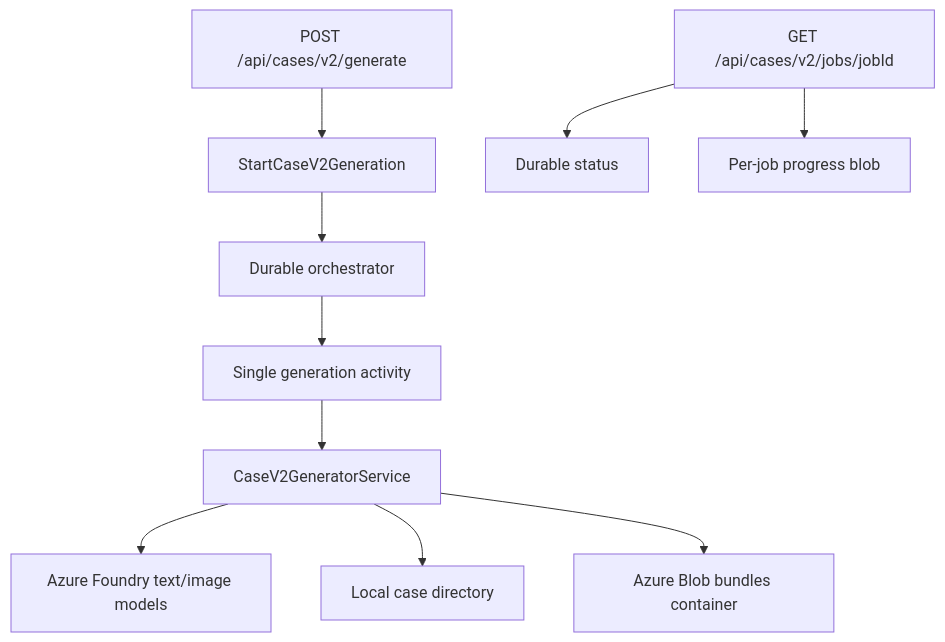
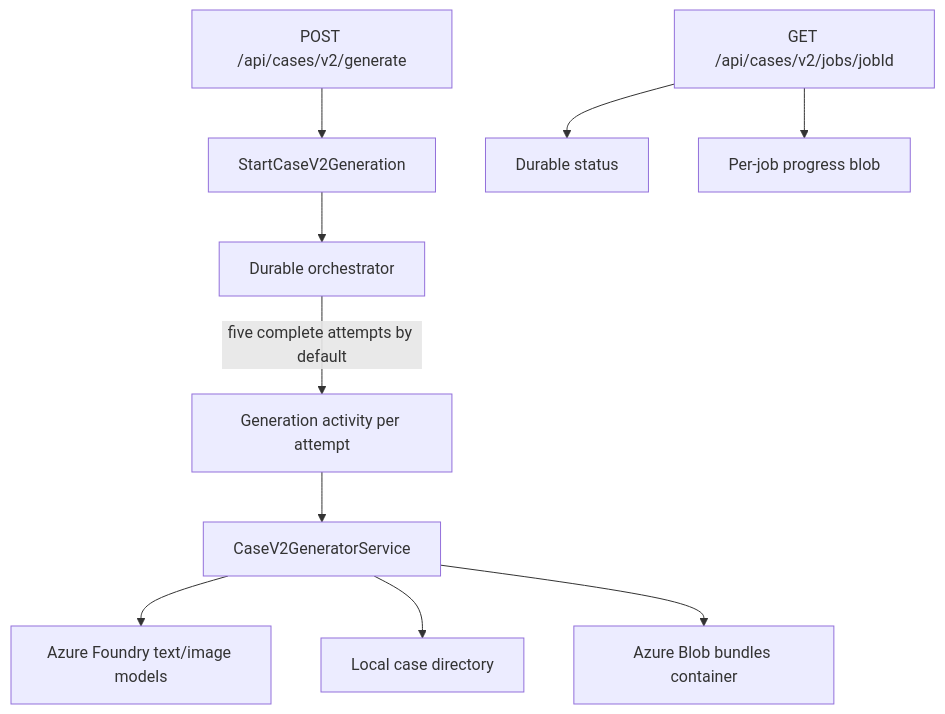
The diagram in docs/CASE_GENERATION_PIPELINE.md (lcarli/CaseZero-Alternative), drawn with Mermaid before and after one commit. The commit also changed other lines of this file and 55 other files, not shown here.

````diff
--- a/docs/CASE_GENERATION_PIPELINE.md
+++ b/docs/CASE_GENERATION_PIPELINE.md
@@ -26,12 +26,12 @@
 ```mermaid
 flowchart TD
     POST[POST /api/cases/v2/generate] --> START[StartCaseV2Generation]
     START --> ORCH[Durable orchestrator]
-    ORCH --> ACT[Single generation activity]
+    ORCH -->|five complete attempts by default| ACT[Generation activity per attempt]
     ACT --> GEN[CaseV2GeneratorService]
     GEN --> LLM[Azure Foundry text/image models]
     GEN --> DISK[Local case directory]
     GEN --> BLOB[Azure Blob bundles container]
     STATUS[GET /api/cases/v2/jobs/jobId] --> DURABLE[Durable status]
     STATUS --> PROGRESS[Per-job progress blob]
 ```
````
